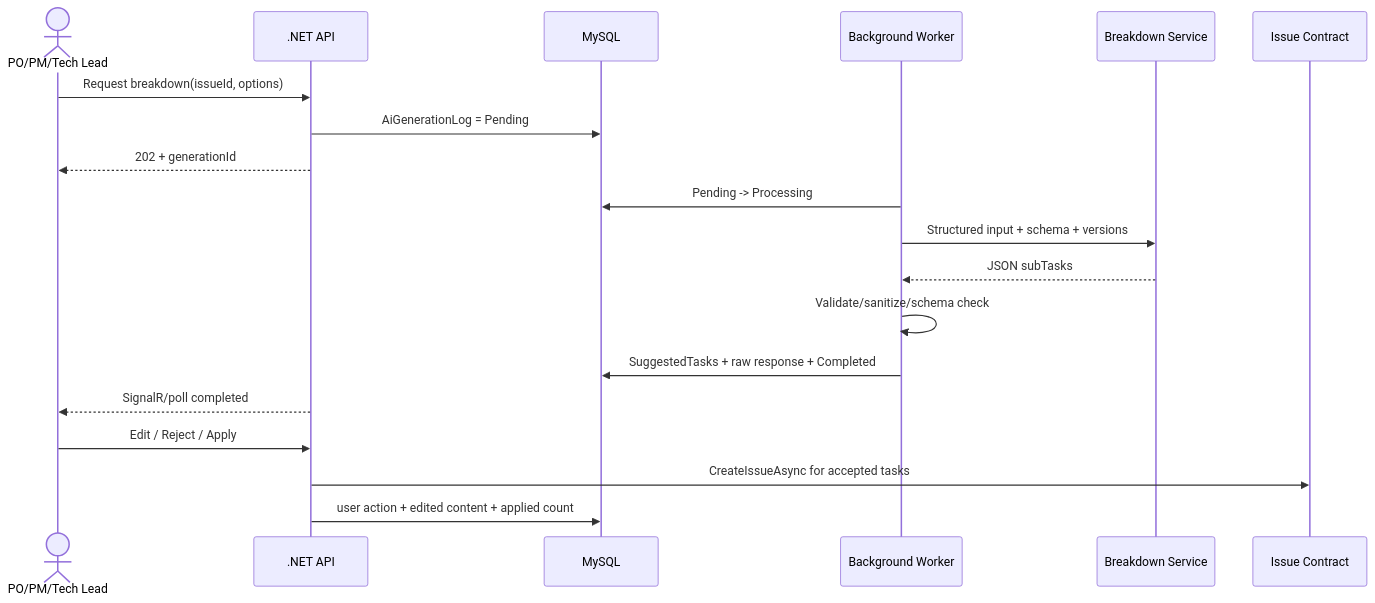
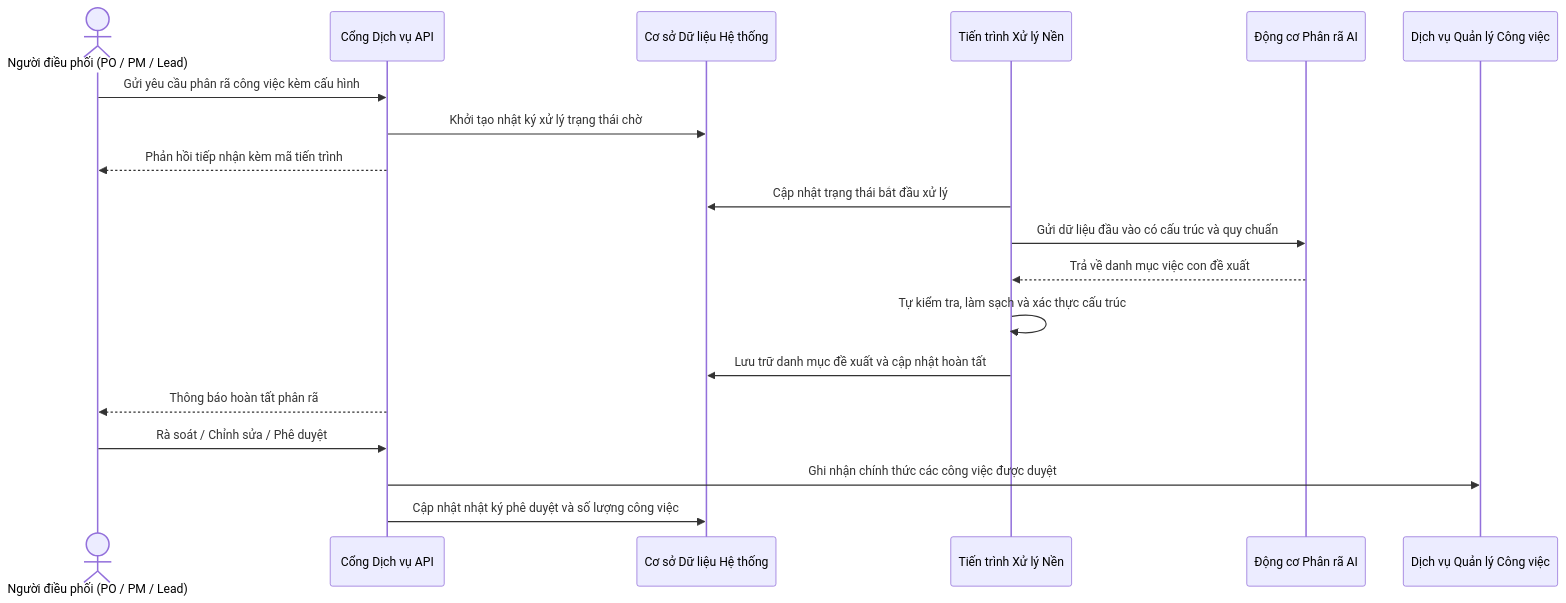
Before and after one commit to TranHoang2k40525/ProjectMgmt: the third of 5 diagrams in docs/technical-handbook/projectmgmt-technical-handbook.md, drawn with Mermaid. The commit also changed 6 other files, not shown here.

Commit message:
docs(ai): sanitize diagrams to architectural naming convention without code files, tech or method leakage

````diff
--- a/docs/technical-handbook/projectmgmt-technical-handbook.md
+++ b/docs/technical-handbook/projectmgmt-technical-handbook.md
@@ -748,21 +748,21 @@
 ```mermaid
 sequenceDiagram
-  actor U as PO/PM/Tech Lead
-  participant API as .NET API
-  participant DB as MySQL
-  participant JOB as Background Worker
-  participant AI as Breakdown Service
-  participant ISSUE as Issue Contract
-  U->>API: Request breakdown(issueId, options)
-  API->>DB: AiGenerationLog = Pending
-  API-->>U: 202 + generationId
-  JOB->>DB: Pending -> Processing
-  JOB->>AI: Structured input + schema + versions
-  AI-->>JOB: JSON subTasks
-  JOB->>JOB: Validate/sanitize/schema check
-  JOB->>DB: SuggestedTasks + raw response + Completed
-  API-->>U: SignalR/poll completed
-  U->>API: Edit / Reject / Apply
-  API->>ISSUE: CreateIssueAsync for accepted tasks
-  API->>DB: user action + edited content + applied count
+  actor U as Người điều phối (PO / PM / Lead)
+  participant API as Cổng Dịch vụ API
+  participant DB as Cơ sở Dữ liệu Hệ thống
+  participant JOB as Tiến trình Xử lý Nền
+  participant AI as Động cơ Phân rã AI
+  participant ISSUE as Dịch vụ Quản lý Công việc
+  U->>API: Gửi yêu cầu phân rã công việc kèm cấu hình
+  API->>DB: Khởi tạo nhật ký xử lý trạng thái chờ
+  API-->>U: Phản hồi tiếp nhận kèm mã tiến trình
+  JOB->>DB: Cập nhật trạng thái bắt đầu xử lý
+  JOB->>AI: Gửi dữ liệu đầu vào có cấu trúc và quy chuẩn
+  AI-->>JOB: Trả về danh mục việc con đề xuất
+  JOB->>JOB: Tự kiểm tra, làm sạch và xác thực cấu trúc
+  JOB->>DB: Lưu trữ danh mục đề xuất và cập nhật hoàn tất
+  API-->>U: Thông báo hoàn tất phân rã
+  U->>API: Rà soát / Chỉnh sửa / Phê duyệt
+  API->>ISSUE: Ghi nhận chính thức các công việc được duyệt
+  API->>DB: Cập nhật nhật ký phê duyệt và số lượng công việc
 ```
````
